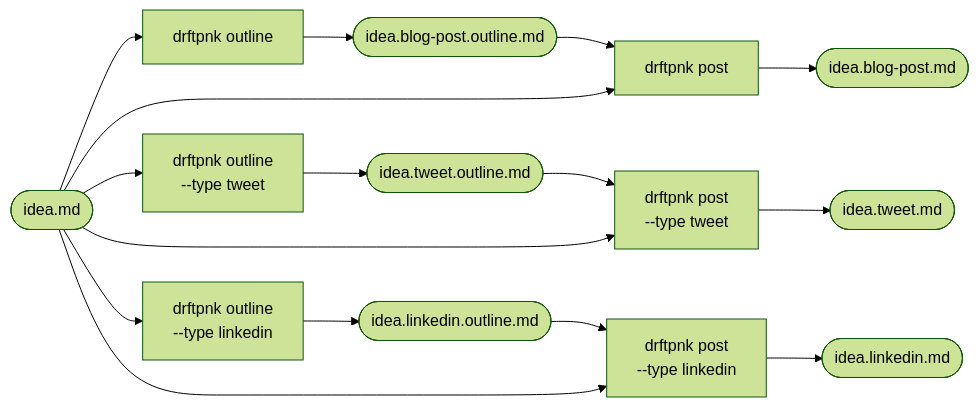
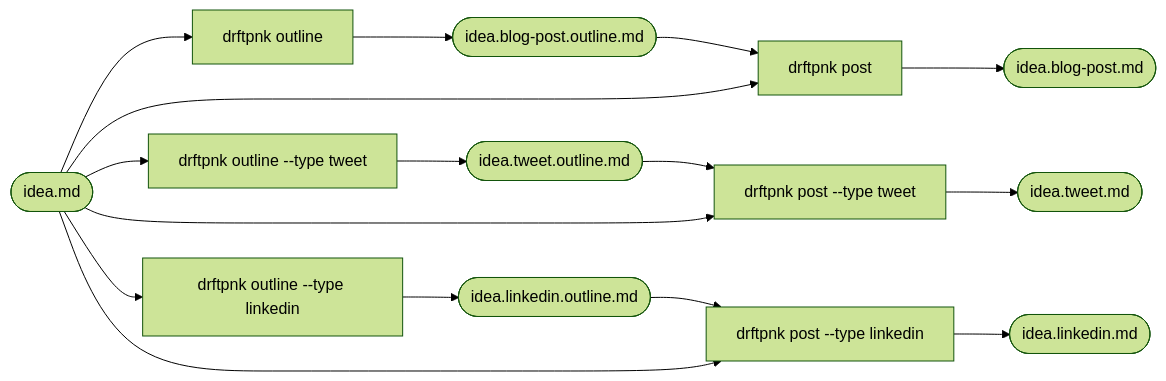
The third of 4 diagrams in README.md (pwv-vc/drftpnk), drawn with Mermaid (forest theme) before and after one commit. The commit also changed other lines of this file, not shown here.

````diff
--- a/README.md
+++ b/README.md
@@ -153,18 +153,18 @@
 ```mermaid
 flowchart LR
     A([idea.md]) --> B[drftpnk outline]
-    A --> C[drftpnk outline\n--type tweet]
-    A --> D[drftpnk outline\n--type linkedin]
+    A --> C["drftpnk outline --type tweet"]
+    A --> D["drftpnk outline --type linkedin"]
     B --> E([idea.blog-post.outline.md])
     C --> F([idea.tweet.outline.md])
     D --> G([idea.linkedin.outline.md])
     E --> H[drftpnk post]
-    F --> I[drftpnk post\n--type tweet]
-    G --> J[drftpnk post\n--type linkedin]
+    F --> I["drftpnk post --type tweet"]
+    G --> J["drftpnk post --type linkedin"]
     A --> H
     A --> I
     A --> J
     H --> K([idea.blog-post.md])
     I --> L([idea.tweet.md])
     J --> M([idea.linkedin.md])
 ```
````
